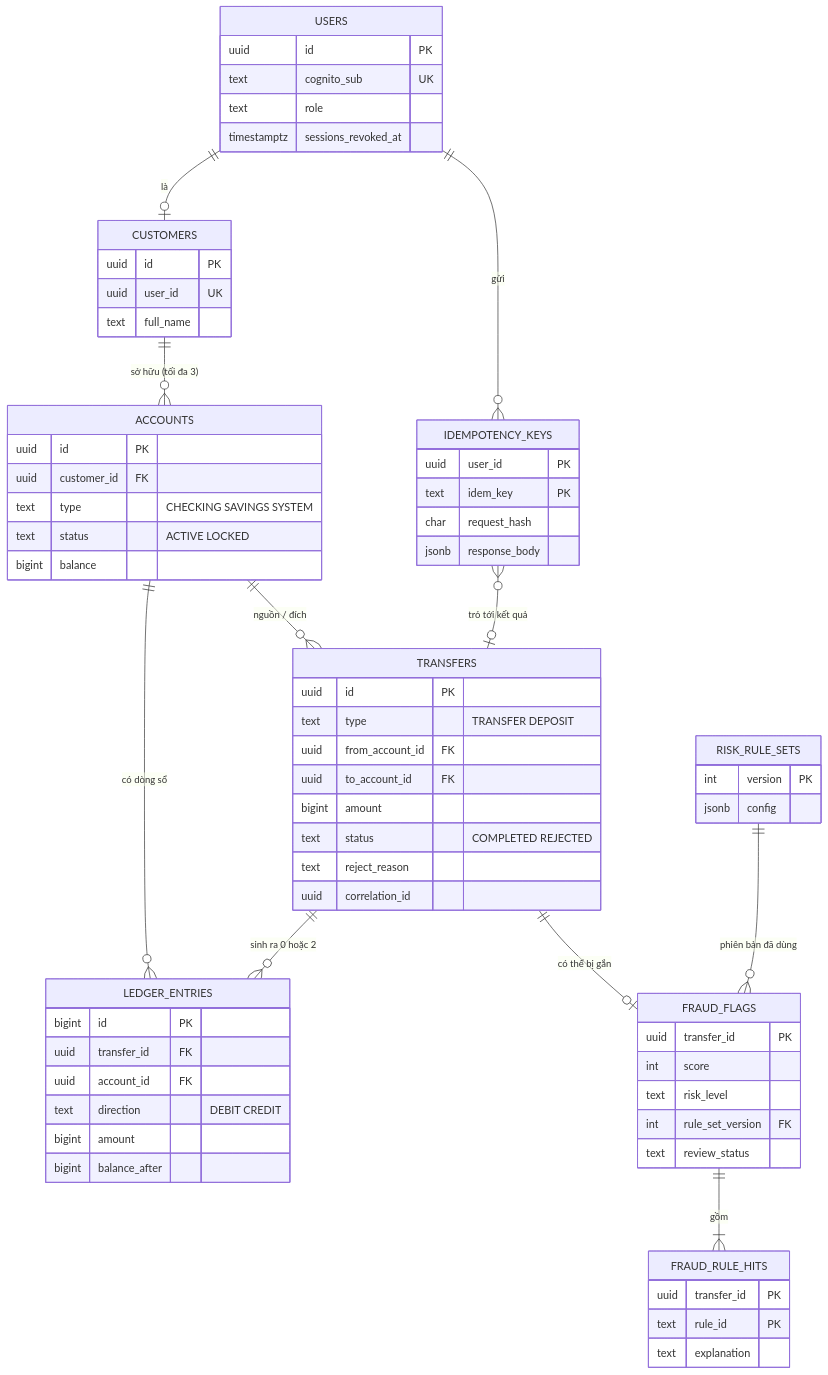
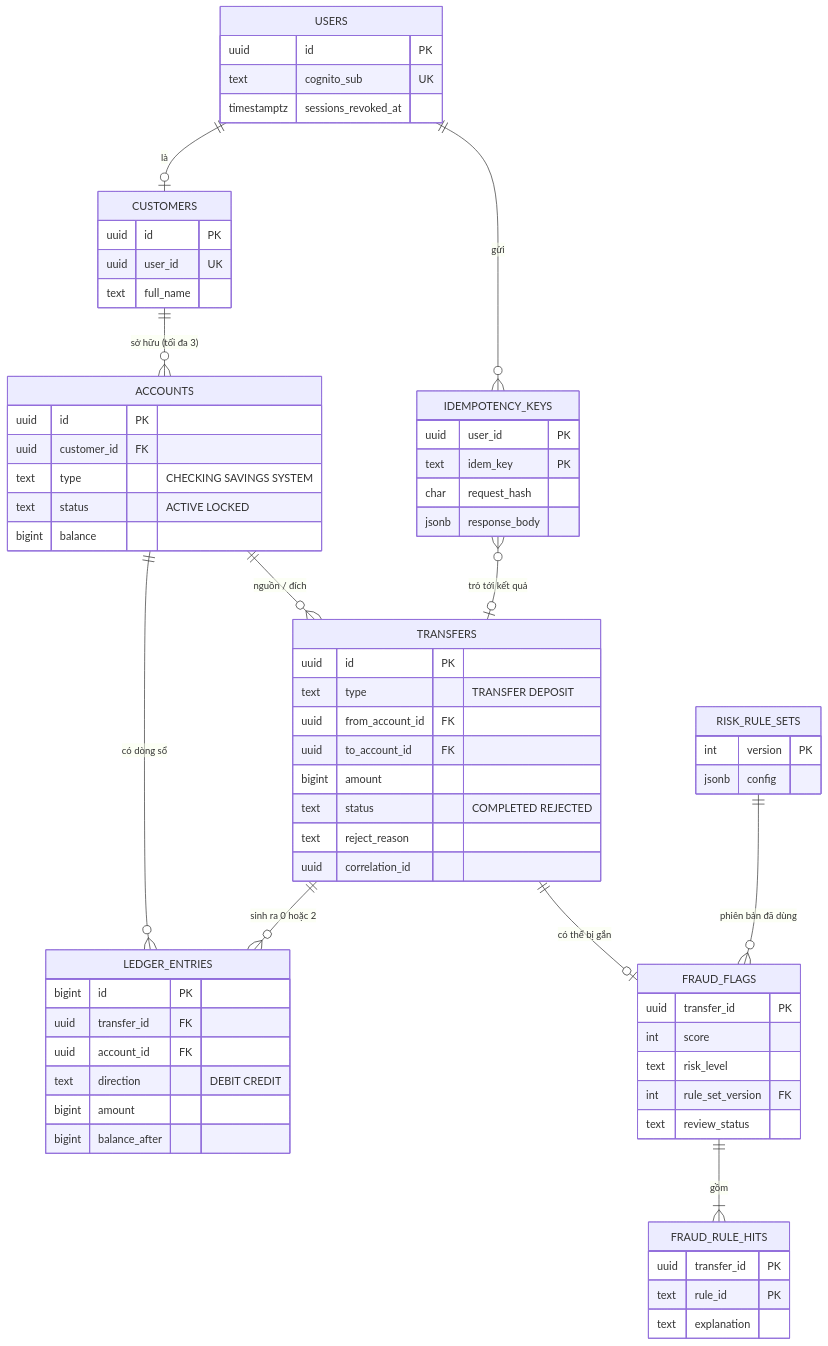
The diagram in docs/components/_shared/database-design.md (Lawliet119/digital-banking-simulator), drawn with Mermaid before and after one commit. The commit also changed other lines of this file and 21 other files, not shown here.

````diff
--- a/docs/components/_shared/database-design.md
+++ b/docs/components/_shared/database-design.md
@@ -30,72 +30,71 @@
 ```mermaid
 erDiagram
     USERS ||--o| CUSTOMERS : "là"
     CUSTOMERS ||--o{ ACCOUNTS : "sở hữu (tối đa 3)"
     ACCOUNTS ||--o{ LEDGER_ENTRIES : "có dòng sổ"
     TRANSFERS ||--o{ LEDGER_ENTRIES : "sinh ra 0 hoặc 2"
     ACCOUNTS ||--o{ TRANSFERS : "nguồn / đích"
     USERS ||--o{ IDEMPOTENCY_KEYS : "gửi"
     IDEMPOTENCY_KEYS }o--o| TRANSFERS : "trỏ tới kết quả"
     TRANSFERS ||--o| FRAUD_FLAGS : "có thể bị gắn"
     FRAUD_FLAGS ||--|{ FRAUD_RULE_HITS : "gồm"
     RISK_RULE_SETS ||--o{ FRAUD_FLAGS : "phiên bản đã dùng"
 
     USERS {
         uuid id PK
         text cognito_sub UK
-        text role
         timestamptz sessions_revoked_at
     }
     CUSTOMERS {
         uuid id PK
         uuid user_id UK
         text full_name
     }
     ACCOUNTS {
         uuid id PK
         uuid customer_id FK
         text type "CHECKING SAVINGS SYSTEM"
         text status "ACTIVE LOCKED"
         bigint balance
     }
     TRANSFERS {
         uuid id PK
         text type "TRANSFER DEPOSIT"
         uuid from_account_id FK
         uuid to_account_id FK
         bigint amount
         text status "COMPLETED REJECTED"
         text reject_reason
         uuid correlation_id
     }
     LEDGER_ENTRIES {
         bigint id PK
         uuid transfer_id FK
         uuid account_id FK
         text direction "DEBIT CREDIT"
         bigint amount
         bigint balance_after
     }
     IDEMPOTENCY_KEYS {
         uuid user_id PK
         text idem_key PK
         char request_hash
         jsonb response_body
     }
     FRAUD_FLAGS {
         uuid transfer_id PK
         int score
         text risk_level
         int rule_set_version FK
         text review_status
     }
     FRAUD_RULE_HITS {
         uuid transfer_id PK
         text rule_id PK
         text explanation
     }
     RISK_RULE_SETS {
         int version PK
         jsonb config
     }
 ```
````
